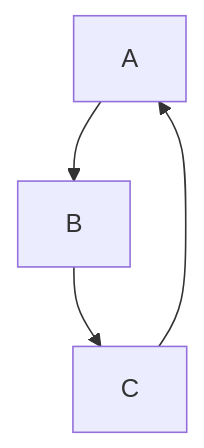
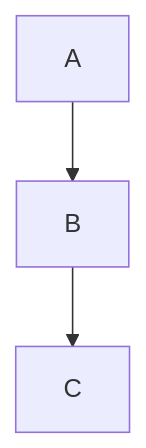
Before and after one commit to chgray/CDocs: the diagram in tests/mermaid.md, drawn with Mermaid. The commit also changed other lines of this file and 38 other files, not shown here.

````diff
--- a/tests/mermaid.md
+++ b/tests/mermaid.md
@@ -3,6 +7,5 @@
 ``` mermaid
-flowchart TD
-    A --> B
-    B --> C
-    C --> A
+    flowchart TD
+        A-->B
+        B-->C
 ```
````
